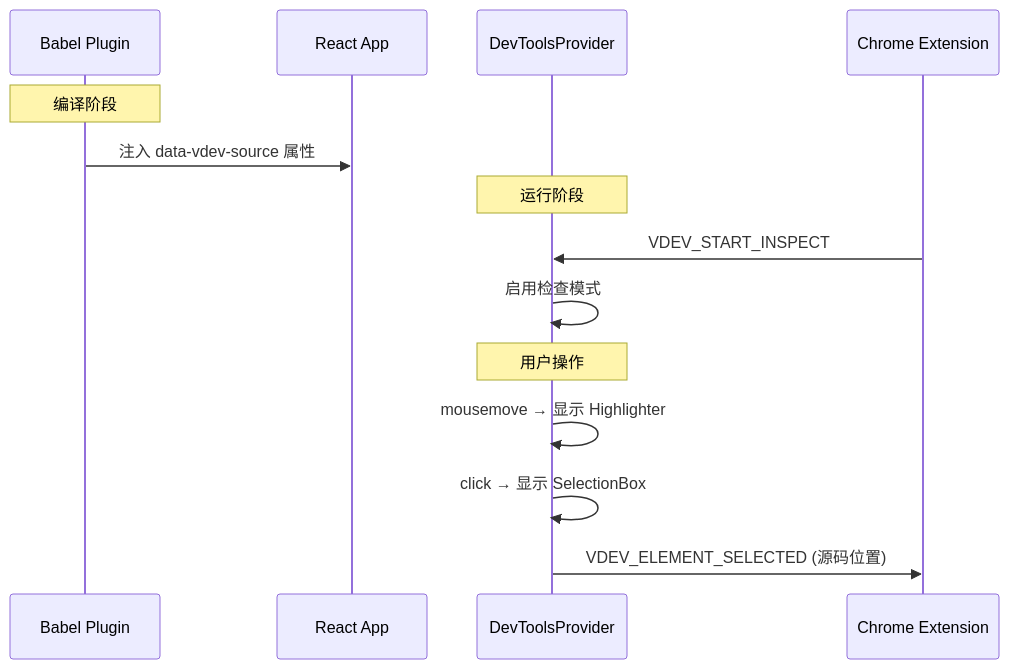
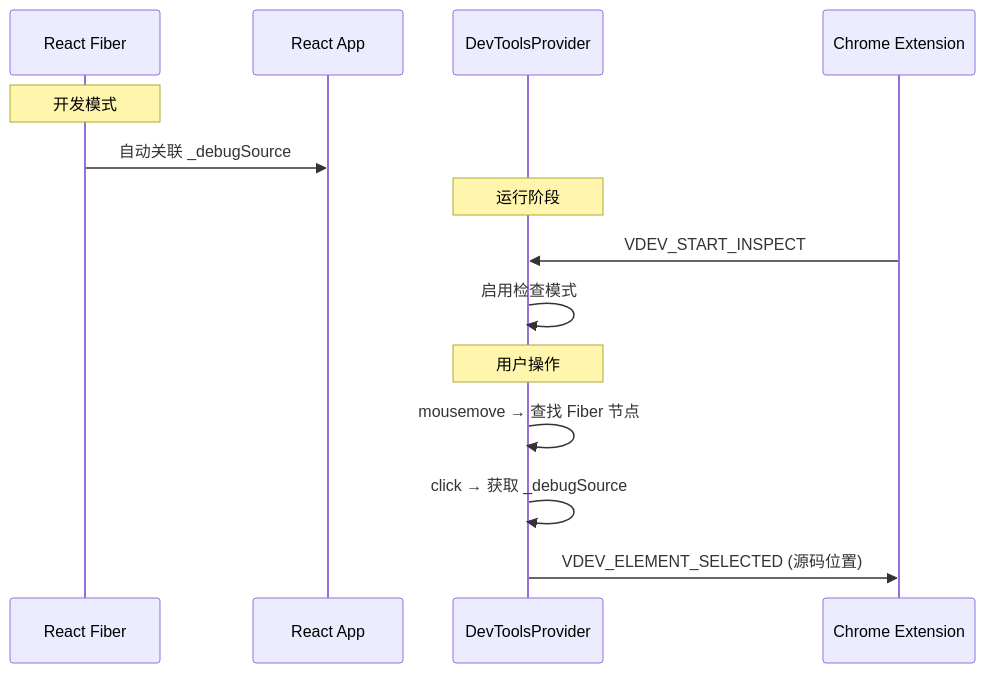
One commit to brucetoo/visual-agentic-dev changed the first of 3 diagrams in docs/ARCHITECTURE.md. Above: the diagram before and after it, drawn with Mermaid. The commit also changed other lines of this file and 49 other files, not shown here.

````diff
--- a/docs/ARCHITECTURE.md
+++ b/docs/ARCHITECTURE.md
@@ -79,19 +81,19 @@
 ```mermaid
 sequenceDiagram
-    participant Babel as Babel Plugin
+    participant Fiber as React Fiber
     participant App as React App
     participant Provider as DevToolsProvider
     participant Ext as Chrome Extension
 
-    Note over Babel: 编译阶段
-    Babel->>App: 注入 data-vdev-source 属性
+    Note over Fiber: 开发模式
+    Fiber->>App: 自动关联 _debugSource
 
     Note over Provider: 运行阶段
     Ext->>Provider: VDEV_START_INSPECT
     Provider->>Provider: 启用检查模式
     
     Note over Provider: 用户操作
-    Provider->>Provider: mousemove → 显示 Highlighter
-    Provider->>Provider: click → 显示 SelectionBox
+    Provider->>Provider: mousemove → 查找 Fiber 节点
+    Provider->>Provider: click → 获取 _debugSource
     Provider->>Ext: VDEV_ELEMENT_SELECTED (源码位置)
 ```
````
